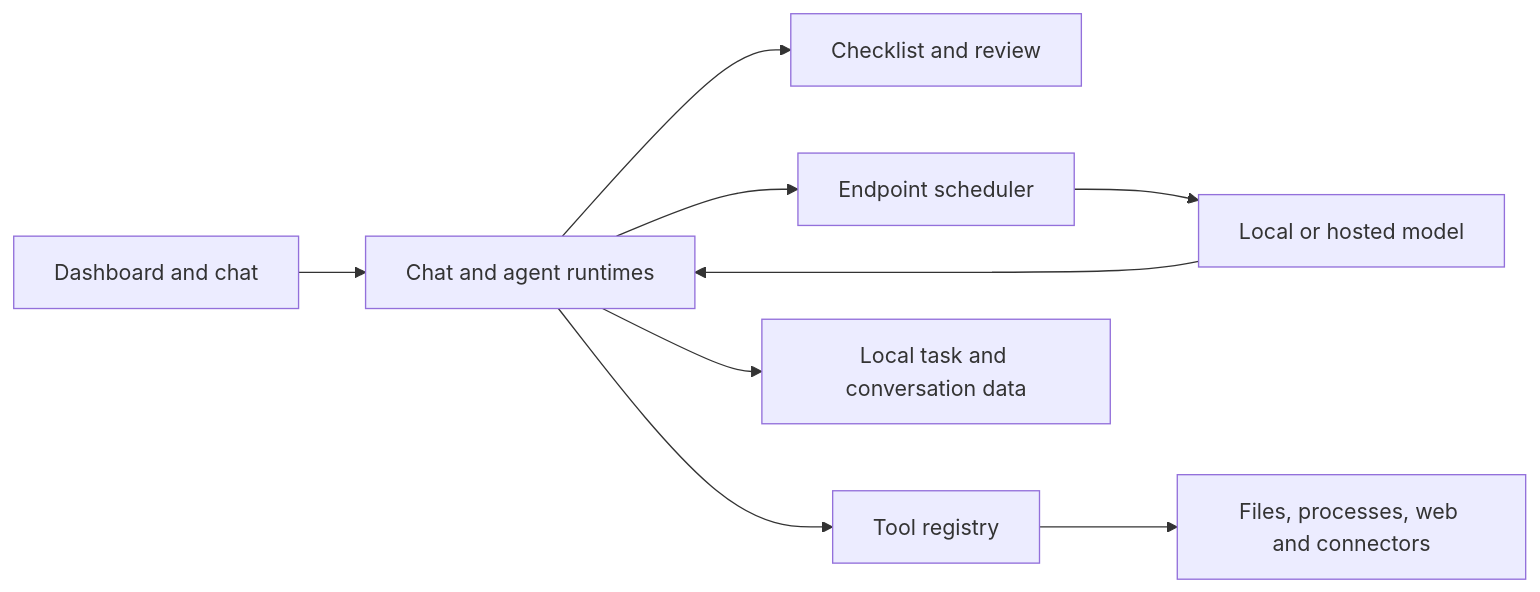
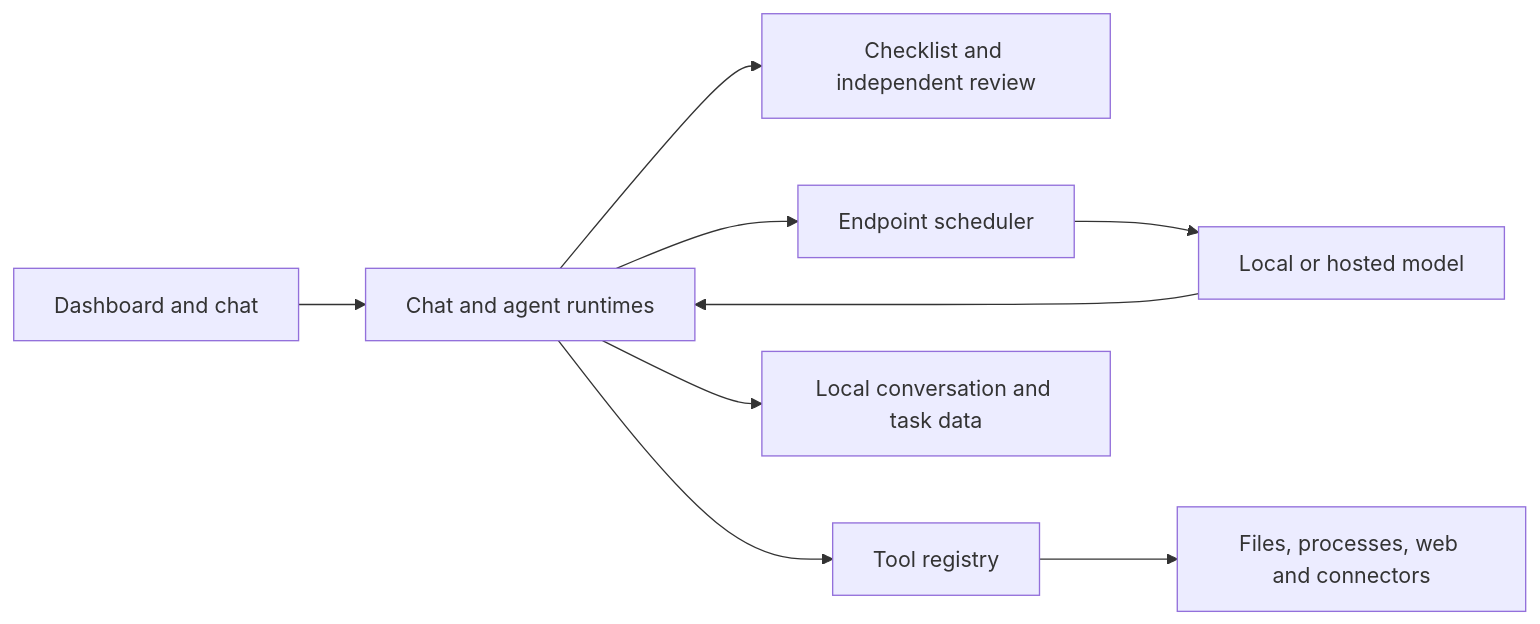
Before and after one commit to triplenom/velox: the diagram in README.md, drawn with Mermaid. The commit also changed other lines of this file and 2 other files, not shown here.

````diff
--- a/README.md
+++ b/README.md
@@ -58,11 +97,11 @@
 ```mermaid
 flowchart LR
     UI[Dashboard and chat] --> R[Chat and agent runtimes]
-    R --> C[Checklist and review]
+    R --> C[Checklist and independent review]
     R --> S[Endpoint scheduler]
     S --> M[Local or hosted model]
     M --> R
     R --> T[Tool registry]
     T --> W[Files, processes, web and connectors]
-    R --> D[Local task and conversation data]
+    R --> D[Local conversation and task data]
 ```
````
